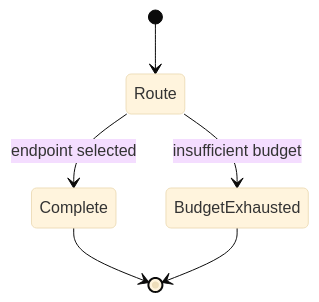
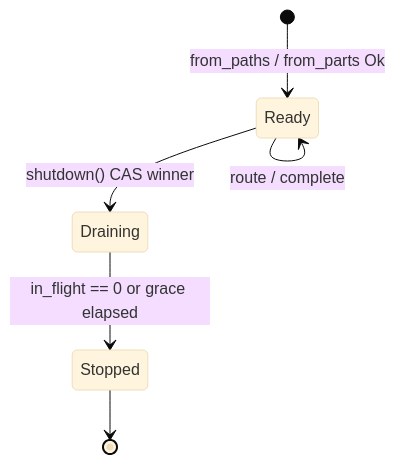
Before and after one commit to arkadianet/Alloy: the third of 4 diagrams in docs/rfcs/RFC-0007-model-router-provider.md, drawn with Mermaid (base theme). The commit also changed other lines of this file and 3 other files, not shown here.

````diff
--- a/docs/rfcs/RFC-0007-model-router-provider.md
+++ b/docs/rfcs/RFC-0007-model-router-provider.md
@@ -79,8 +1265,8 @@
 ```mermaid
 stateDiagram-v2
-  [*] --> Route
-  Route --> Complete: endpoint selected
-  Route --> BudgetExhausted: insufficient budget
-  Complete --> [*]
-  BudgetExhausted --> [*]
+  [*] --> Ready: from_paths / from_parts Ok
+  Ready --> Ready: route / complete
+  Ready --> Draining: shutdown() CAS winner
+  Draining --> Stopped: in_flight == 0 or grace elapsed
+  Stopped --> [*]
 ```
````
